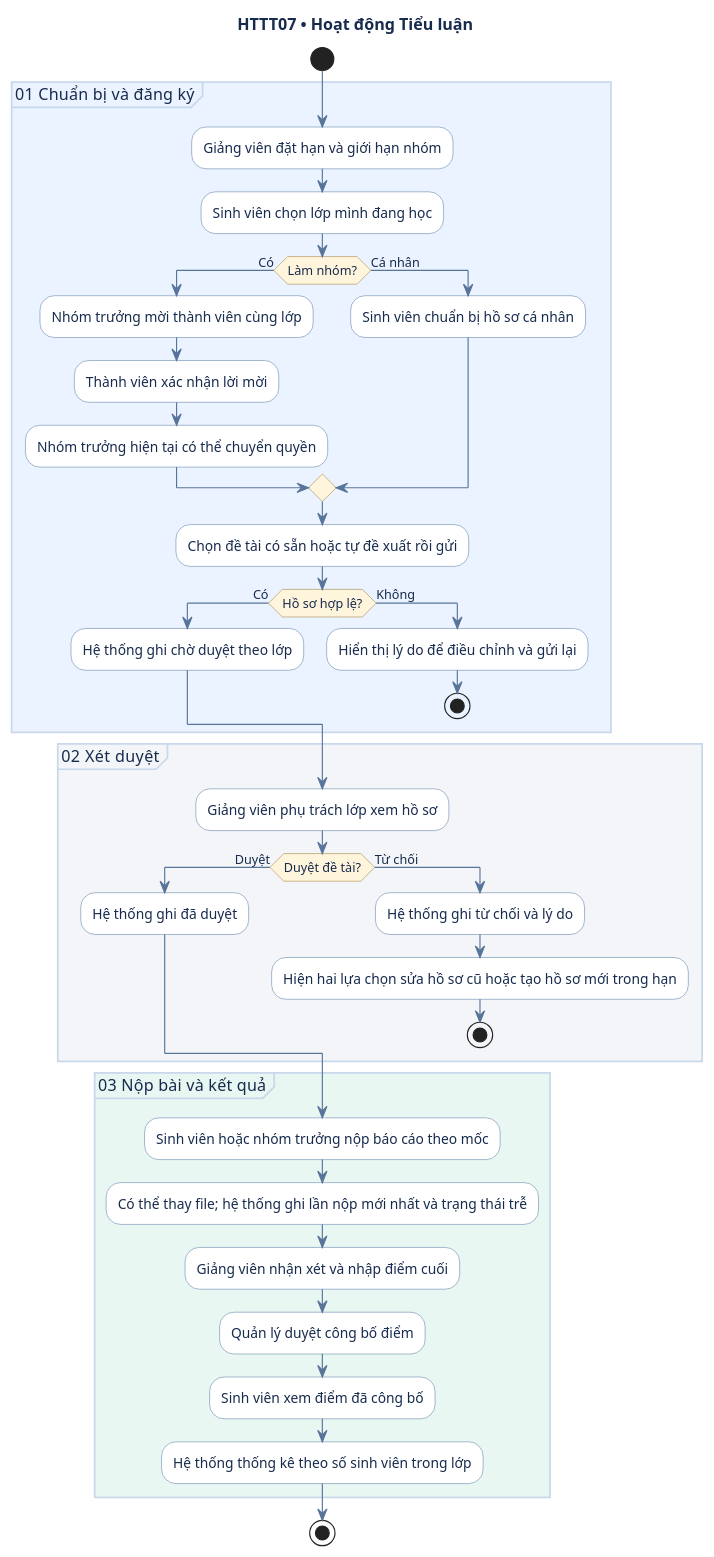
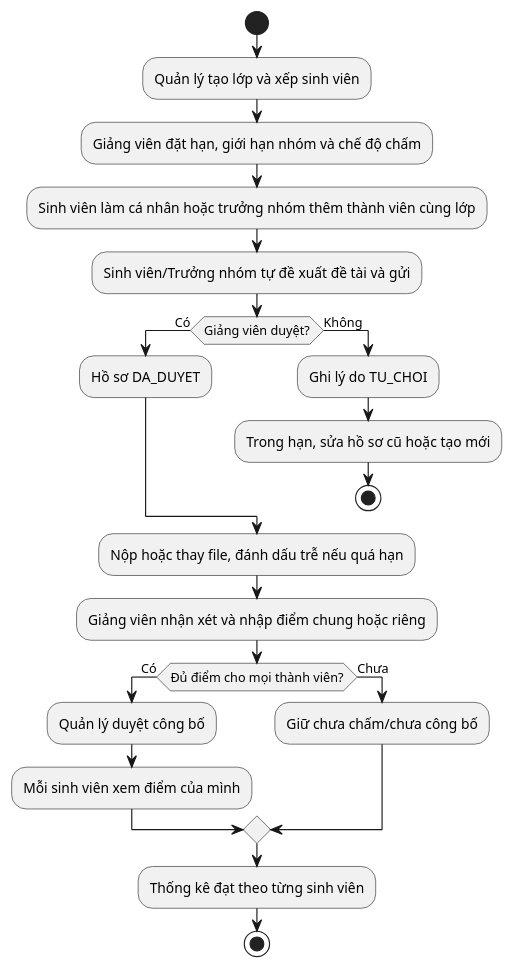
One commit to lam-vu6868/HTQL_TieuLuan_DoAN changed the fifth of 6 diagrams in 02-so-do-uml.md. Above: the diagram before and after it, drawn with PlantUML. The commit also changed other lines of this file and 40 other files, not shown here.

````diff
--- a/02-so-do-uml.md
+++ b/02-so-do-uml.md
@@ -328,55 +180,26 @@
 ```plantuml
 @startuml
-title HTTT07 • Hoạt động Tiểu luận
-skinparam shadowing false
-skinparam DefaultFontName SansSerif
-skinparam defaultFontColor #172B4D
-skinparam ArrowColor #587499
-skinparam ActivityBorderColor #6586AB
-skinparam ActivityBackgroundColor #FFFFFF
-skinparam ActivityDiamondBackgroundColor #FFF4DC
-skinparam ActivityDiamondBorderColor #A48347
-skinparam PartitionBorderColor #C8D8EB
-
 start
-partition #EAF3FF "01  Chuẩn bị và đăng ký" {
-  :Giảng viên đặt hạn và giới hạn nhóm;
-  :Sinh viên chọn lớp mình đang học;
-  if (Làm nhóm?) then (Có)
-    :Nhóm trưởng mời thành viên cùng lớp;
-    :Thành viên xác nhận lời mời;
-    :Nhóm trưởng hiện tại có thể chuyển quyền;
-  else (Cá nhân)
-    :Sinh viên chuẩn bị hồ sơ cá nhân;
-  endif
-  :Chọn đề tài có sẵn hoặc tự đề xuất rồi gửi;
-  if (Hồ sơ hợp lệ?) then (Có)
-    :Hệ thống ghi chờ duyệt theo lớp;
-  else (Không)
-    :Hiển thị lý do để điều chỉnh và gửi lại;
-    stop
-  endif
-}
-
-partition #F3F5F8 "02  Xét duyệt" {
-  :Giảng viên phụ trách lớp xem hồ sơ;
-  if (Duyệt đề tài?) then (Duyệt)
-    :Hệ thống ghi đã duyệt;
-  else (Từ chối)
-    :Hệ thống ghi từ chối và lý do;
-    :Hiện hai lựa chọn sửa hồ sơ cũ hoặc tạo hồ sơ mới trong hạn;
-    stop
-  endif
-}
-
-partition #E9F7F2 "03  Nộp bài và kết quả" {
-  :Sinh viên hoặc nhóm trưởng nộp báo cáo theo mốc;
-  :Có thể thay file; hệ thống ghi lần nộp mới nhất và trạng thái trễ;
-  :Giảng viên nhận xét và nhập điểm cuối;
-  :Quản lý duyệt công bố điểm;
-  :Sinh viên xem điểm đã công bố;
-  :Hệ thống thống kê theo số sinh viên trong lớp;
-}
+:Quản lý tạo lớp và xếp sinh viên;
+:Giảng viên đặt hạn, giới hạn nhóm và chế độ chấm;
+:Sinh viên làm cá nhân hoặc trưởng nhóm thêm thành viên cùng lớp;
+:Sinh viên/Trưởng nhóm tự đề xuất đề tài và gửi;
+if (Giảng viên duyệt?) then (Có)
+  :Hồ sơ DA_DUYET;
+else (Không)
+  :Ghi lý do TU_CHOI;
+  :Trong hạn, sửa hồ sơ cũ hoặc tạo mới;
+  stop
+endif
+:Nộp hoặc thay file, đánh dấu trễ nếu quá hạn;
+:Giảng viên nhận xét và nhập điểm chung hoặc riêng;
+if (Đủ điểm cho mọi thành viên?) then (Có)
+  :Quản lý duyệt công bố;
+  :Mỗi sinh viên xem điểm của mình;
+else (Chưa)
+  :Giữ chưa chấm/chưa công bố;
+endif
+:Thống kê đạt theo từng sinh viên;
 stop
 @enduml
 ```
````
